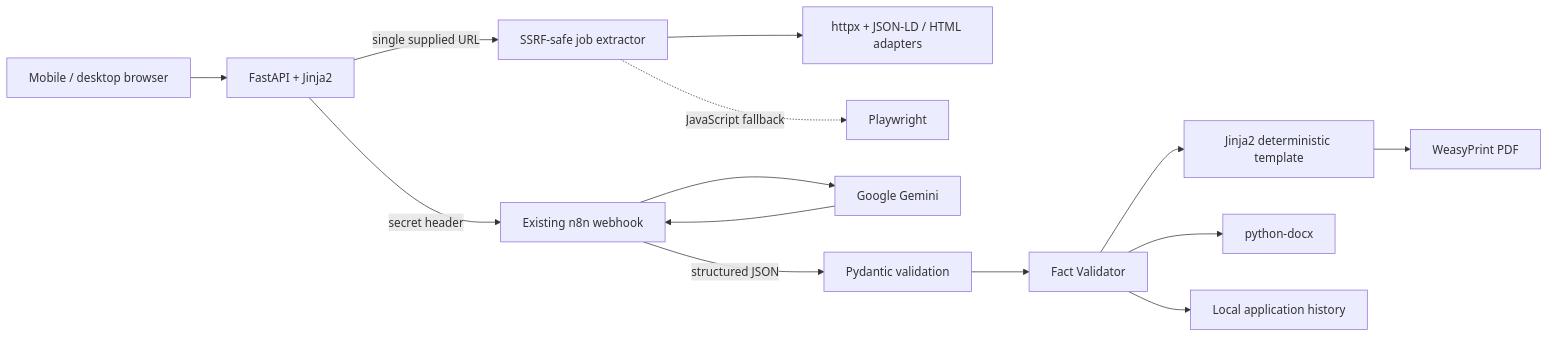
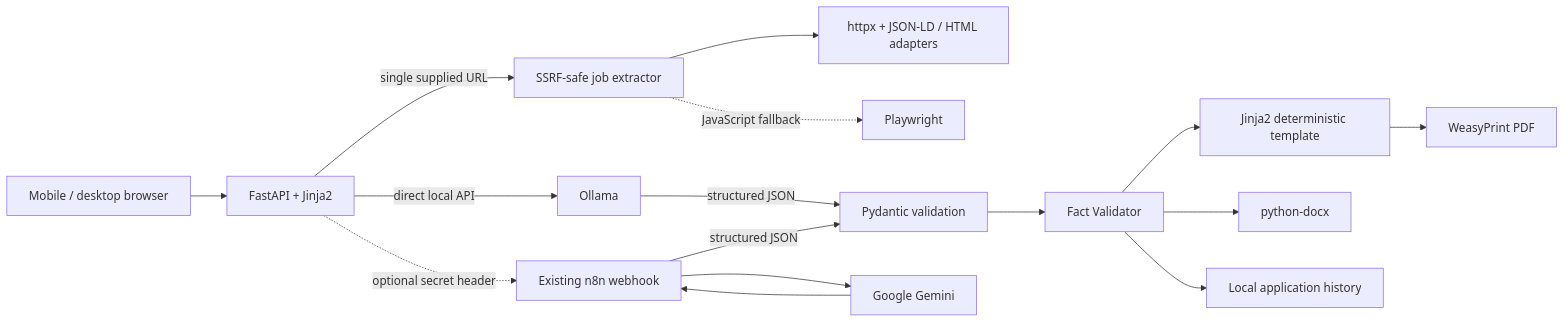
The diagram in docs/architecture.md (Rafalbanas/ai-resume-tailoring-platform), drawn with Mermaid before and after one commit. The commit also changed other lines of this file and 14 other files, not shown here.

Commit message:
feat: add direct Ollama resume tailoring provider

````diff
--- a/docs/architecture.md
+++ b/docs/architecture.md
@@ -3,16 +3,18 @@
 ```mermaid
 flowchart LR
     B[Mobile / desktop browser] --> F[FastAPI + Jinja2]
     F -->|single supplied URL| E[SSRF-safe job extractor]
     E --> H[httpx + JSON-LD / HTML adapters]
     E -. JavaScript fallback .-> PW[Playwright]
-    F -->|secret header| N[Existing n8n webhook]
+    F -->|direct local API| O[Ollama]
+    O -->|structured JSON| P
+    F -. optional secret header .-> N[Existing n8n webhook]
     N --> G[Google Gemini]
     G --> N
     N -->|structured JSON| P[Pydantic validation]
     P --> V[Fact Validator]
     V --> J[Jinja2 deterministic template]
     J --> PDF[WeasyPrint PDF]
     V --> DOCX[python-docx]
     V --> FS[Local application history]
 ```
````
